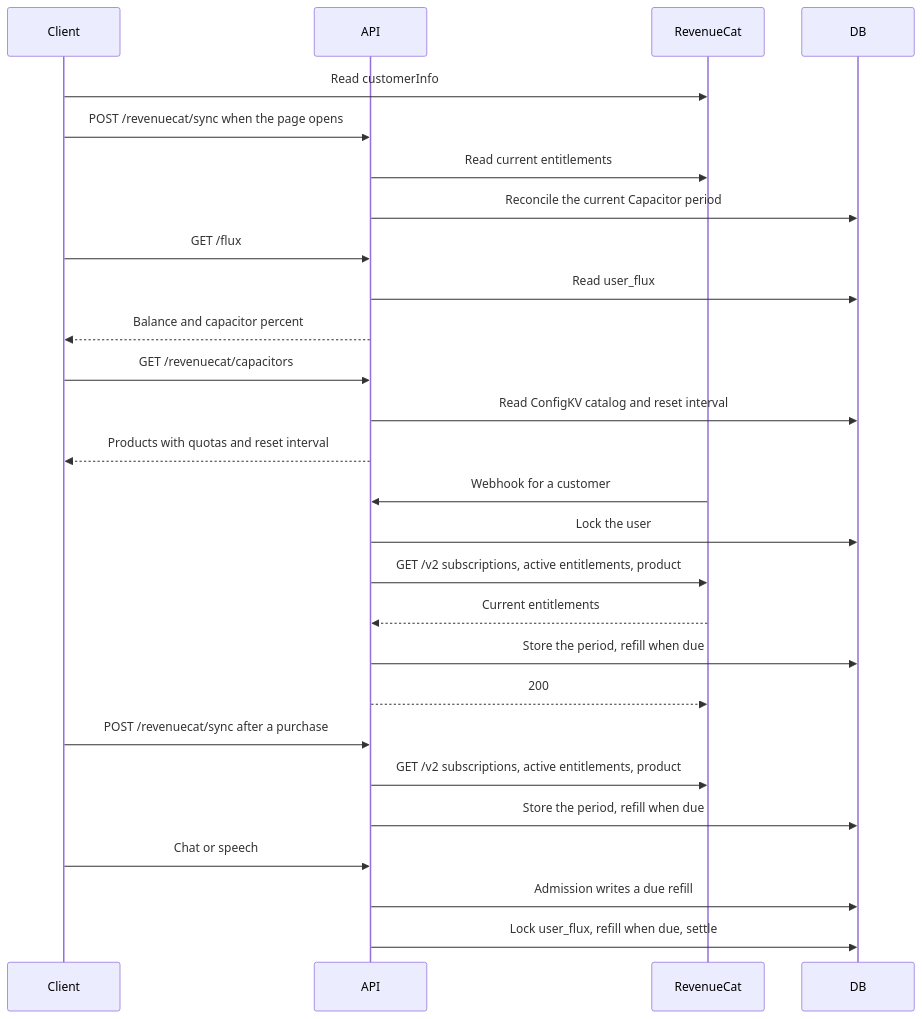
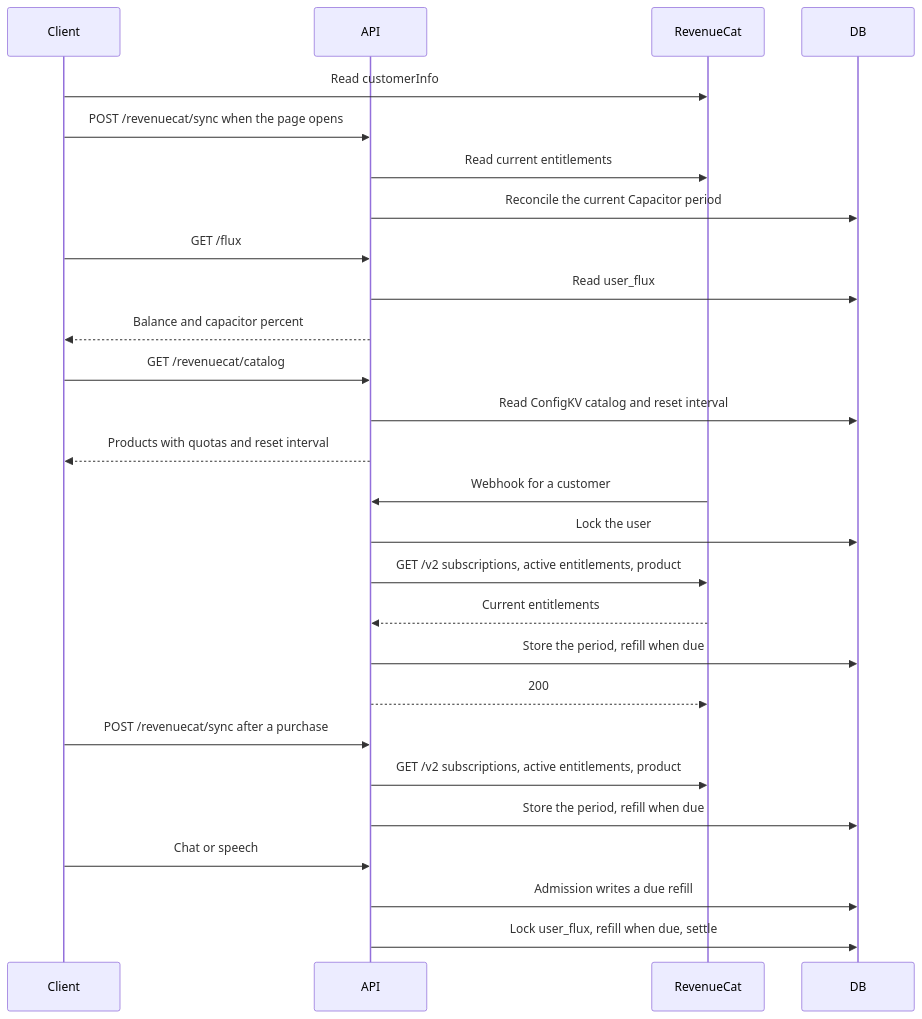
Before and after one commit to moeru-ai/airi: the second of 2 diagrams in server/docs/ai/adr/2026-10-04-subscription-credits.md, drawn with Mermaid. The commit also changed other lines of this file and 7 other files, not shown here.

Commit message:
fix(api): keep the product catalog contract stable

````diff
--- a/server/docs/ai/adr/2026-10-04-subscription-credits.md
+++ b/server/docs/ai/adr/2026-10-04-subscription-credits.md
@@ -205,29 +206,29 @@
 ```mermaid
 sequenceDiagram
   participant Client
   participant API
   participant RC as RevenueCat
   participant DB
   Client->>RC: Read customerInfo
   Client->>API: POST /revenuecat/sync when the page opens
   API->>RC: Read current entitlements
   API->>DB: Reconcile the current Capacitor period
   Client->>API: GET /flux
   API->>DB: Read user_flux
   API-->>Client: Balance and capacitor percent
-  Client->>API: GET /revenuecat/capacitors
+  Client->>API: GET /revenuecat/catalog
   API->>DB: Read ConfigKV catalog and reset interval
   API-->>Client: Products with quotas and reset interval
   RC->>API: Webhook for a customer
   API->>DB: Lock the user
   API->>RC: GET /v2 subscriptions, active entitlements, product
   RC-->>API: Current entitlements
   API->>DB: Store the period, refill when due
   API-->>RC: 200
   Client->>API: POST /revenuecat/sync after a purchase
   API->>RC: GET /v2 subscriptions, active entitlements, product
   API->>DB: Store the period, refill when due
   Client->>API: Chat or speech
   API->>DB: Admission writes a due refill
   API->>DB: Lock user_flux, refill when due, settle
 ```
````
